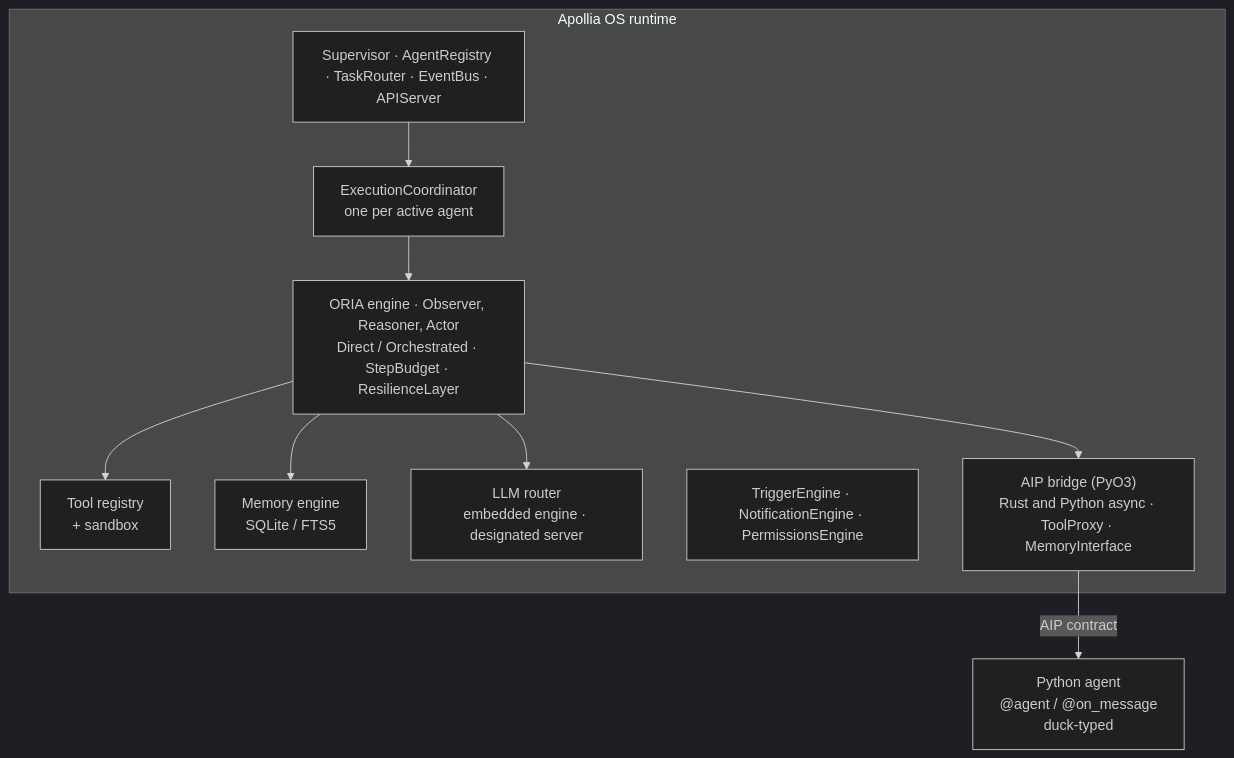
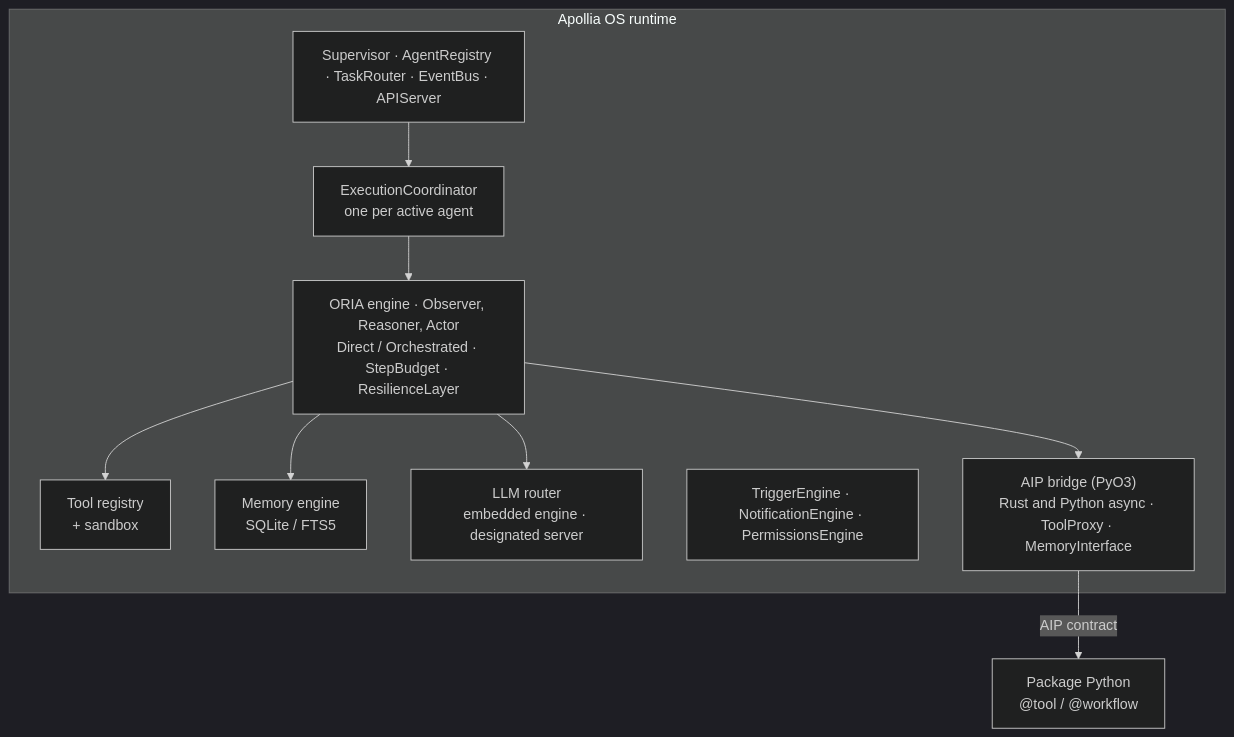
One commit to nidal-z/apollia-os changed the diagram in README.md. Above: the diagram before and after it, drawn with Mermaid (dark theme). The commit also changed other lines of this file and 9 other files, not shown here.

````diff
--- a/README.md
+++ b/README.md
@@ -151,21 +151,21 @@
 ```mermaid
 flowchart TB
     subgraph rt["Apollia OS runtime"]
         sup["Supervisor · AgentRegistry · TaskRouter · EventBus · APIServer"]
         coord["ExecutionCoordinator<br/>one per active agent"]
         oria["ORIA engine · Observer, Reasoner, Actor<br/>Direct / Orchestrated · StepBudget · ResilienceLayer"]
         tools["Tool registry<br/>+ sandbox"]
         mem["Memory engine<br/>SQLite / FTS5"]
         llm["LLM router<br/>embedded engine · designated server"]
         side["TriggerEngine · NotificationEngine · PermissionsEngine"]
         aip["AIP bridge (PyO3)<br/>Rust and Python async · ToolProxy · MemoryInterface"]
     end
-    agent["Python agent<br/>@agent / @on_message<br/>duck-typed"]
+    agent["Package Python<br/>@tool / @workflow"]
 
     sup --> coord --> oria
     oria --> tools
     oria --> mem
     oria --> llm
     oria --> aip
     aip -- "AIP contract" --> agent
 ```
````
